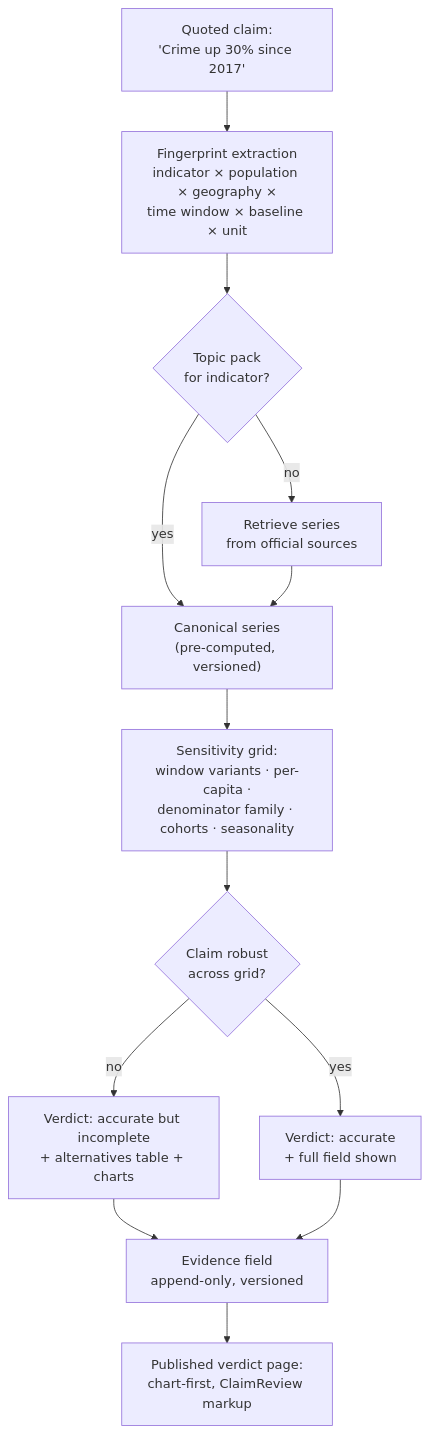
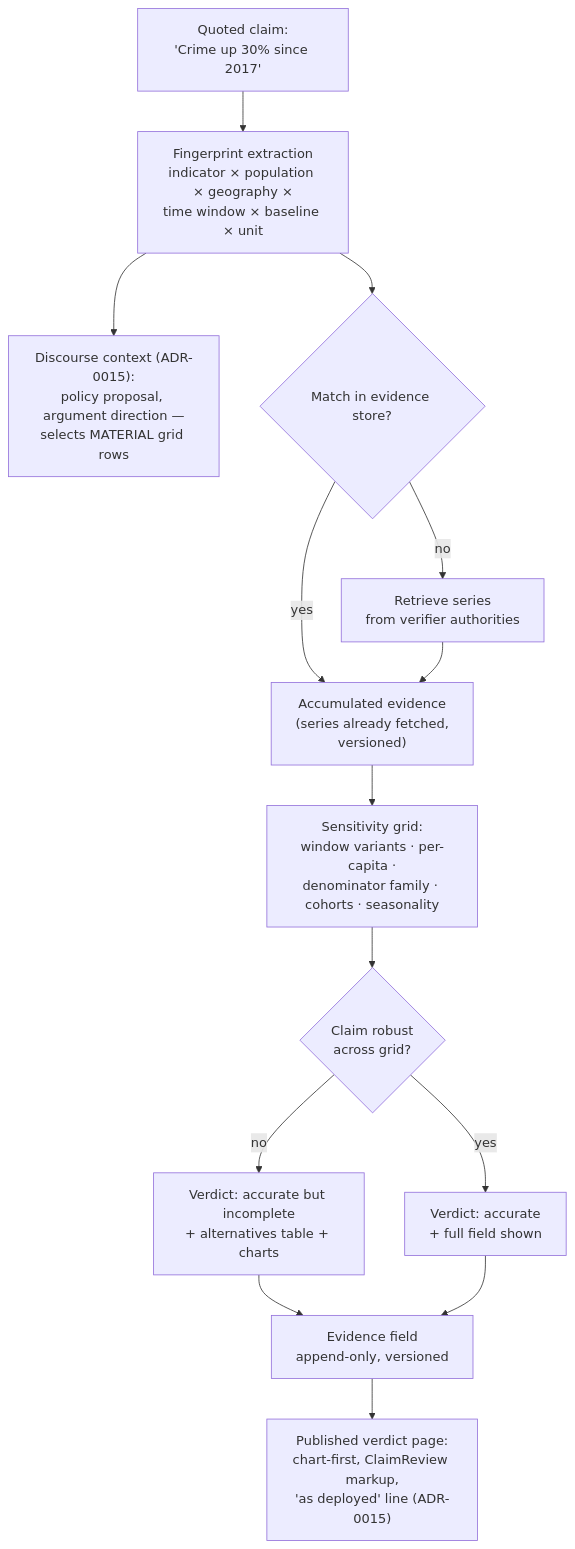
One commit to bradleyscott/claimwatch-nz changed the fourth of 5 diagrams in docs/ARCHITECTURE.md. Above: the diagram before and after it, drawn with Mermaid. The commit also changed other lines of this file and 2 other files, not shown here.

First line of the commit message:
docs(architecture): verifier authorities distinct from claim sources

````diff
--- a/docs/ARCHITECTURE.md
+++ b/docs/ARCHITECTURE.md
@@ -95,15 +107,16 @@
 ```mermaid
 flowchart TB
     CLAIM["Quoted claim:<br/>'Crime up 30% since 2017'"] --> FP["Fingerprint extraction<br/>indicator × population × geography ×<br/>time window × baseline × unit"]
-    FP --> PACK{"Topic pack<br/>for indicator?"}
-    PACK -- "yes" --> SERIES["Canonical series<br/>(pre-computed, versioned)"]
-    PACK -- "no" --> RETRIEVE["Retrieve series<br/>from official sources"]
+    FP --> CTX["Discourse context (ADR-0015):<br/>policy proposal, argument direction —<br/>selects MATERIAL grid rows"]
+    FP --> MATCH{"Match in evidence store?"}
+    MATCH -- "yes" --> SERIES["Accumulated evidence<br/>(series already fetched,<br/>versioned)"]
+    MATCH -- "no" --> RETRIEVE["Retrieve series<br/>from verifier authorities"]
     RETRIEVE --> SERIES
     SERIES --> GRID["Sensitivity grid:<br/>window variants · per-capita ·<br/>denominator family · cohorts · seasonality"]
     GRID --> CLASS{"Claim robust<br/>across grid?"}
     CLASS -- "yes" --> V1["Verdict: accurate<br/>+ full field shown"]
     CLASS -- "no" --> V2["Verdict: accurate but incomplete<br/>+ alternatives table + charts"]
     V2 --> FIELD["Evidence field<br/>append-only, versioned"]
     V1 --> FIELD
-    FIELD --> PUBLISH["Published verdict page:<br/>chart-first, ClaimReview markup"]
+    FIELD --> PUBLISH["Published verdict page:<br/>chart-first, ClaimReview markup,<br/>'as deployed' line (ADR-0015)"]
 ```
````
